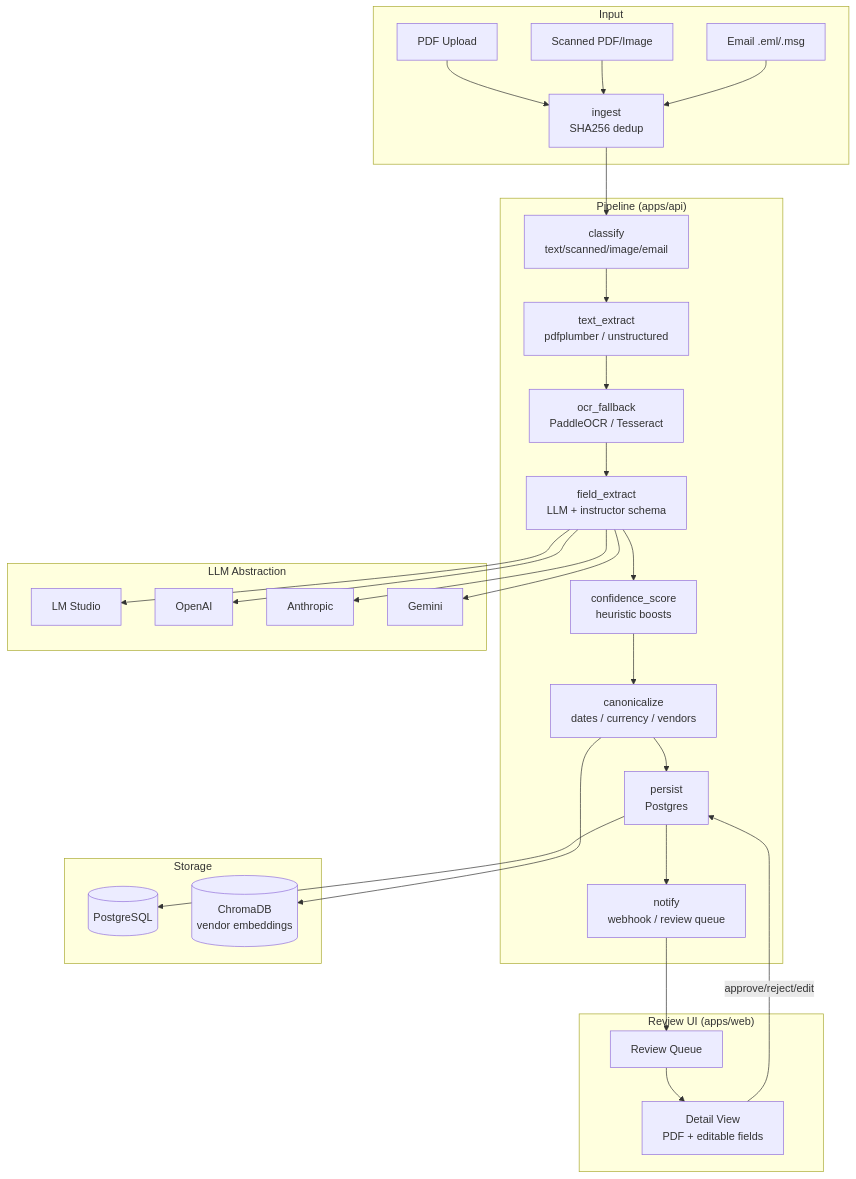
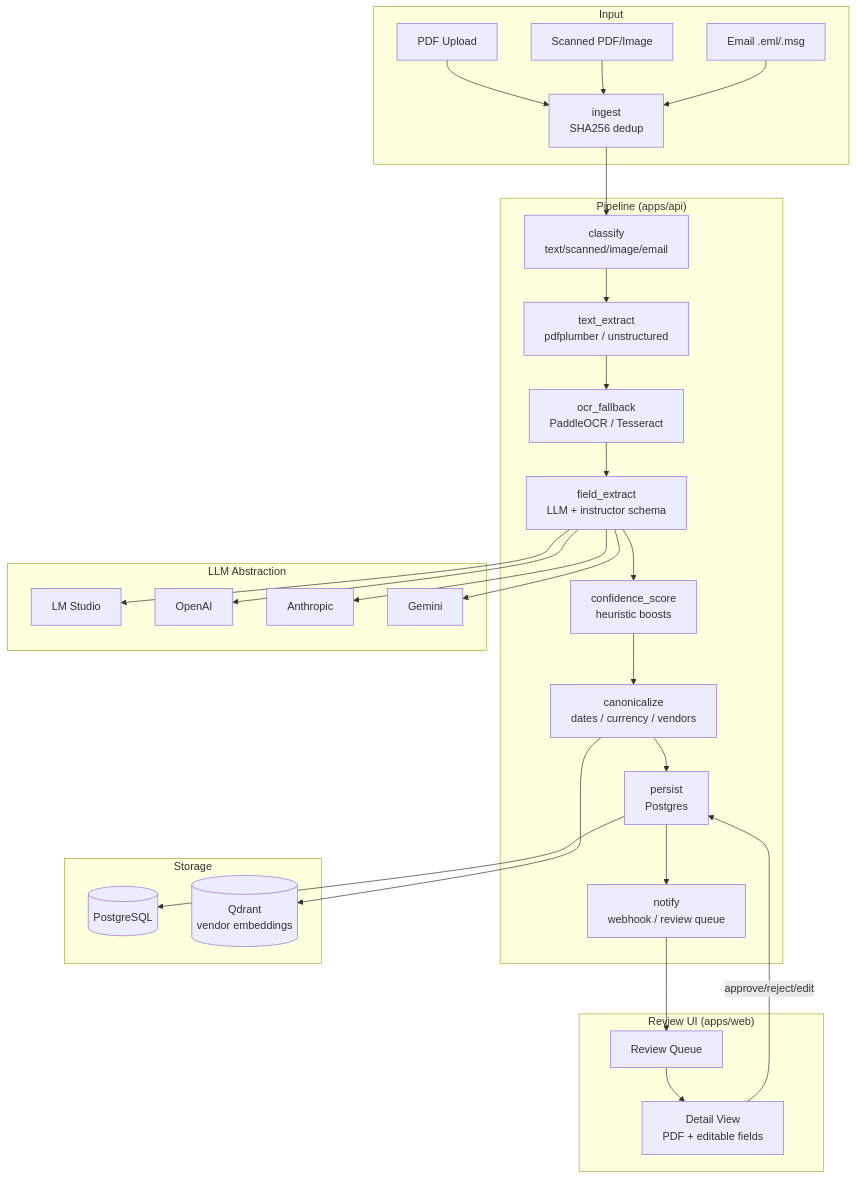
One commit to Aayushdubey101/invoice-pipeline changed the diagram in README.md. Above: the diagram before and after it, drawn with Mermaid. The commit also changed other lines of this file and 1 other file, not shown here.

````diff
--- a/README.md
+++ b/README.md
@@ -124,37 +135,37 @@
 ```mermaid
 graph TB
     subgraph Input
         A[PDF Upload] --> P
         B[Scanned PDF/Image] --> P
         C[Email .eml/.msg] --> P
     end
 
     subgraph Pipeline["Pipeline (apps/api)"]
         P[ingest\nSHA256 dedup] --> CL[classify\ntext/scanned/image/email]
         CL --> TE[text_extract\npdfplumber / unstructured]
         TE --> OCR[ocr_fallback\nPaddleOCR / Tesseract]
         OCR --> FE[field_extract\nLLM + instructor schema]
         FE --> CS[confidence_score\nheuristic boosts]
         CS --> CAN[canonicalize\ndates / currency / vendors]
         CAN --> DB[persist\nPostgres]
         DB --> N[notify\nwebhook / review queue]
     end
 
     subgraph Storage
         DB --> PG[(PostgreSQL)]
-        CAN --> CH[(ChromaDB\nvendor embeddings)]
+        CAN --> QD[(Qdrant\nvendor embeddings)]
     end
 
     subgraph UI["Review UI (apps/web)"]
         N --> RQ[Review Queue]
         RQ --> RD[Detail View\nPDF + editable fields]
         RD --> |approve/reject/edit| DB
     end
 
     subgraph LLM["LLM Abstraction"]
         FE --> LMS[LM Studio]
         FE --> OAI[OpenAI]
         FE --> ANT[Anthropic]
         FE --> GEM[Gemini]
     end
 ```
````
